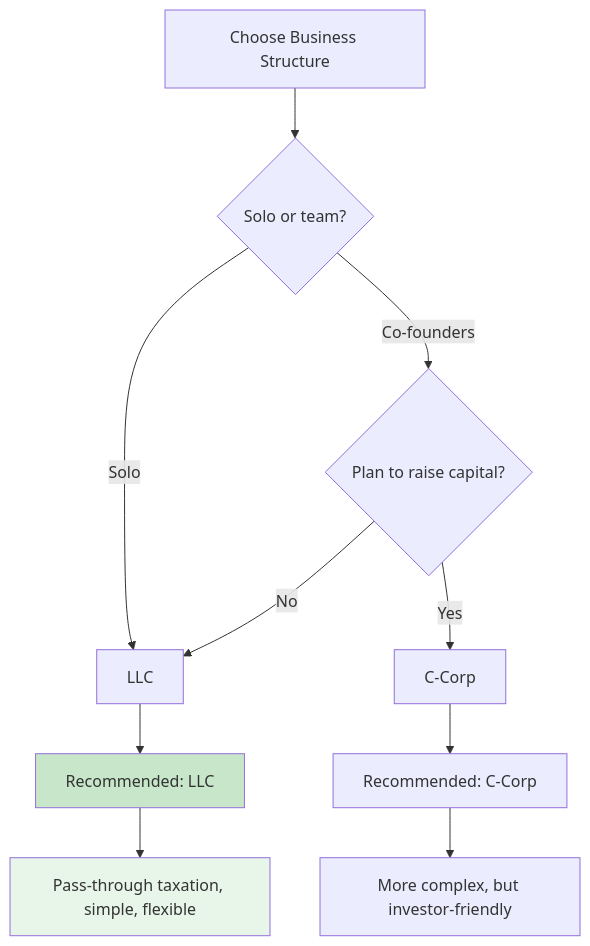
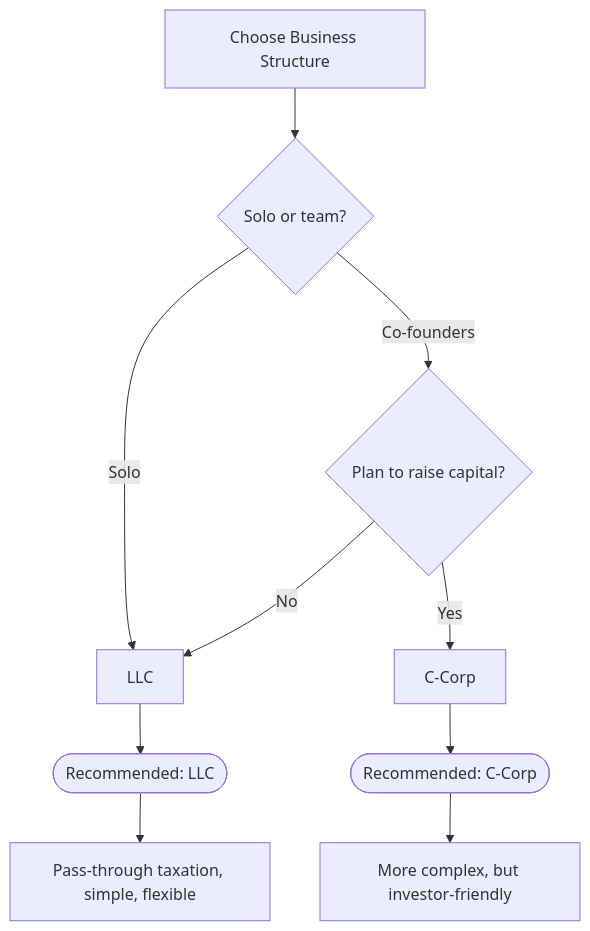
One commit to borealBytes/startup-blueprint changed the diagram in docs/guides/01-legal-foundation.md. Above: the diagram before and after it, drawn with Mermaid. The commit also changed other lines of this file, not shown here.

Commit message:
refactor(docs): apply Mermaid style guide to legal foundation guide
- Remove custom fill colors from business structure diagram
- Add accessibility attributes (accTitle/accDescr)
- Use semantic node IDs instead of single letters
- Ensure diagram renders in GitHub dark mode

````diff
--- a/docs/guides/01-legal-foundation.md
+++ b/docs/guides/01-legal-foundation.md
@@ -29,15 +29,15 @@
 ```mermaid
-graph TD
-    A["Choose Business Structure"] --> B{"Solo or team?"}
-    B -->|Solo| C["LLC"]
-    B -->|Co-founders| D{"Plan to raise capital?"}
-    D -->|No| C
-    D -->|Yes| E["C-Corp"]
-    C --> F["Recommended: LLC"]
-    E --> G["Recommended: C-Corp"]
-    F --> H["Pass-through taxation, simple, flexible"]
-    G --> H1["More complex, but investor-friendly"]
+flowchart TD
+    accTitle: Business Structure Decision Tree
+    accDescr: Decision tree for choosing between LLC and C-Corp based on whether you're solo or have co-founders and plan to raise capital
 
-    style F fill:#c8e6c9
-    style H fill:#e8f5e9
+    choose_structure["Choose Business Structure"] --> solo_or_team{Solo or team?}
+    solo_or_team -->|Solo| llc_choice[LLC]
+    solo_or_team -->|Co-founders| raise_capital{Plan to raise capital?}
+    raise_capital -->|No| llc_choice
+    raise_capital -->|Yes| ccorp_choice[C-Corp]
+    llc_choice --> llc_recommended([Recommended: LLC])
+    ccorp_choice --> ccorp_recommended([Recommended: C-Corp])
+    llc_recommended --> llc_benefits["Pass-through taxation, simple, flexible"]
+    ccorp_recommended --> ccorp_benefits["More complex, but investor-friendly"]
 ```
````
